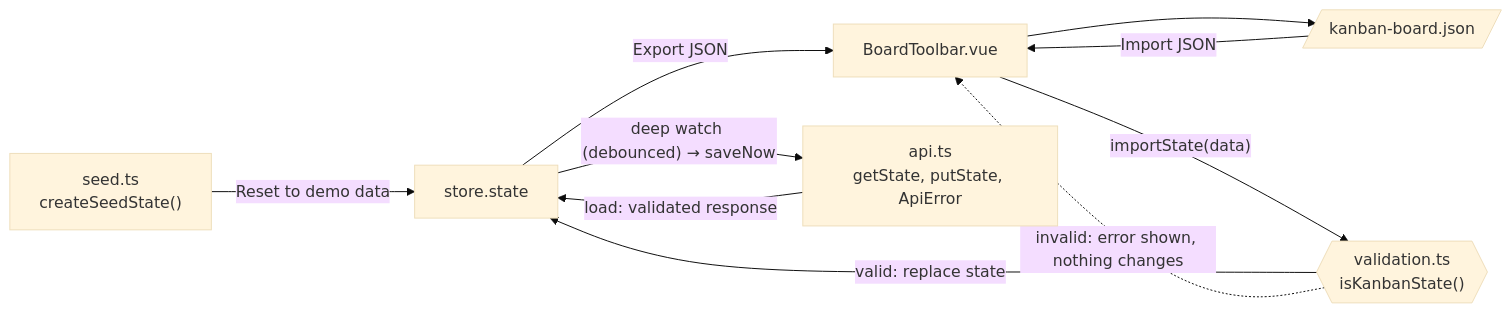
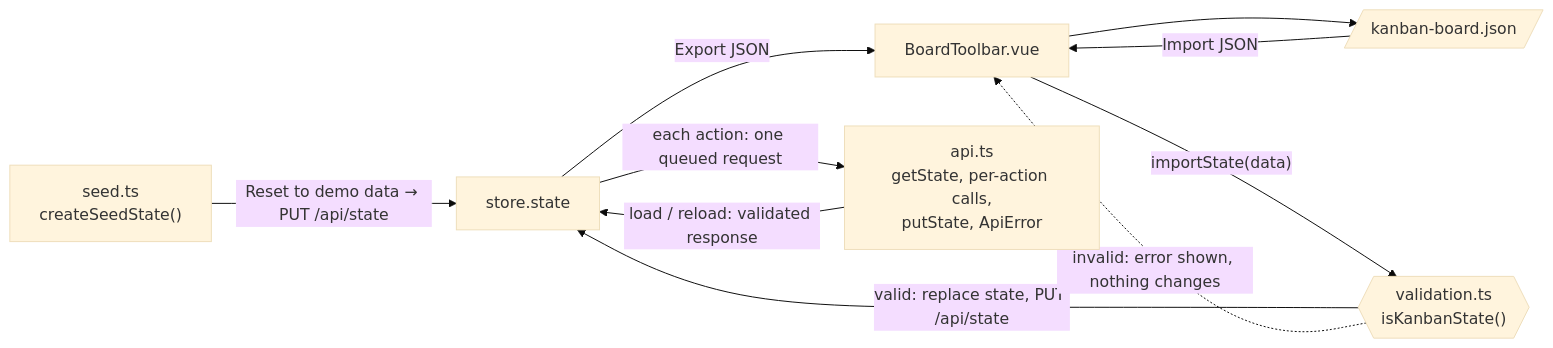
The ninth of 16 diagrams in docs/architecture.md (0quasarquantum0/Kanban_Vue), drawn with Mermaid (base theme) before and after one commit. The commit also changed other lines of this file and 14 other files, not shown here.

Commit message:
go step 6: per-action endpoints with optimistic updates

````diff
--- a/docs/architecture.md
+++ b/docs/architecture.md
@@ -244,17 +245,17 @@
 ```mermaid
 flowchart LR
   state["store.state"]
   seed["seed.ts<br/>createSeedState()"]
   valid{{"validation.ts<br/>isKanbanState()"}}
   toolbar["BoardToolbar.vue"]
   file[/"kanban-board.json"/]
-  api["api.ts<br/>getState, putState, ApiError"]
+  api["api.ts<br/>getState, per-action calls,<br/>putState, ApiError"]
 
-  api -- "load: validated response" --> state
-  state -- "deep watch (debounced) → saveNow" --> api
-  seed -- "Reset to demo data" --> state
+  api -- "load / reload: validated response" --> state
+  state -- "each action: one queued request" --> api
+  seed -- "Reset to demo data → PUT /api/state" --> state
   state -- "Export JSON" --> toolbar --> file
   file -- "Import JSON" --> toolbar -- "importState(data)" --> valid
-  valid -- "valid: replace state" --> state
+  valid -- "valid: replace state, PUT /api/state" --> state
   valid -. "invalid: error shown, nothing changes" .-> toolbar
 ```
````
